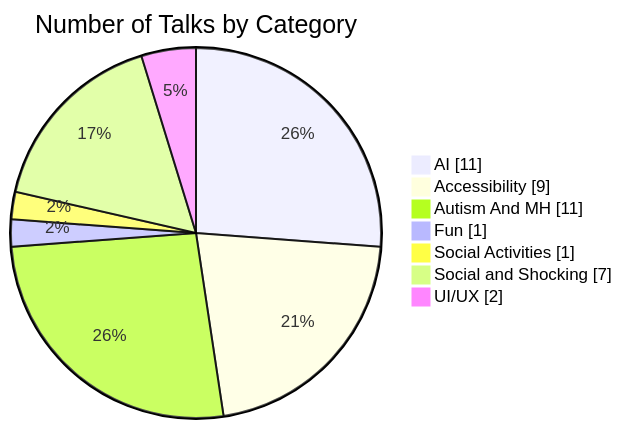
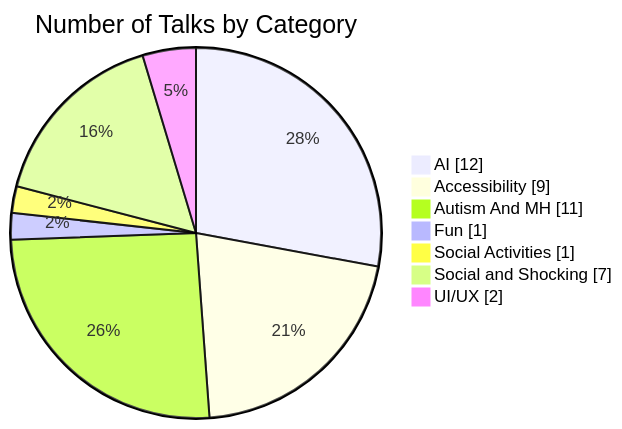
The diagram in README.md (DDSoftDennie/speaker), drawn with Mermaid before and after one commit. The commit also changed other lines of this file and 7 other files, not shown here.

````diff
--- a/README.md
+++ b/README.md
@@ -15,11 +15,11 @@
 ```mermaid
 pie  showData
     title Number of Talks by Category
-    "AI" : 11
+    "AI" : 12
     "Accessibility" : 9
     "Autism And MH" : 11
     "Fun" : 1
     "Social Activities" : 1
     "Social and Shocking" : 7
     "UI/UX" : 2
 ```
````
